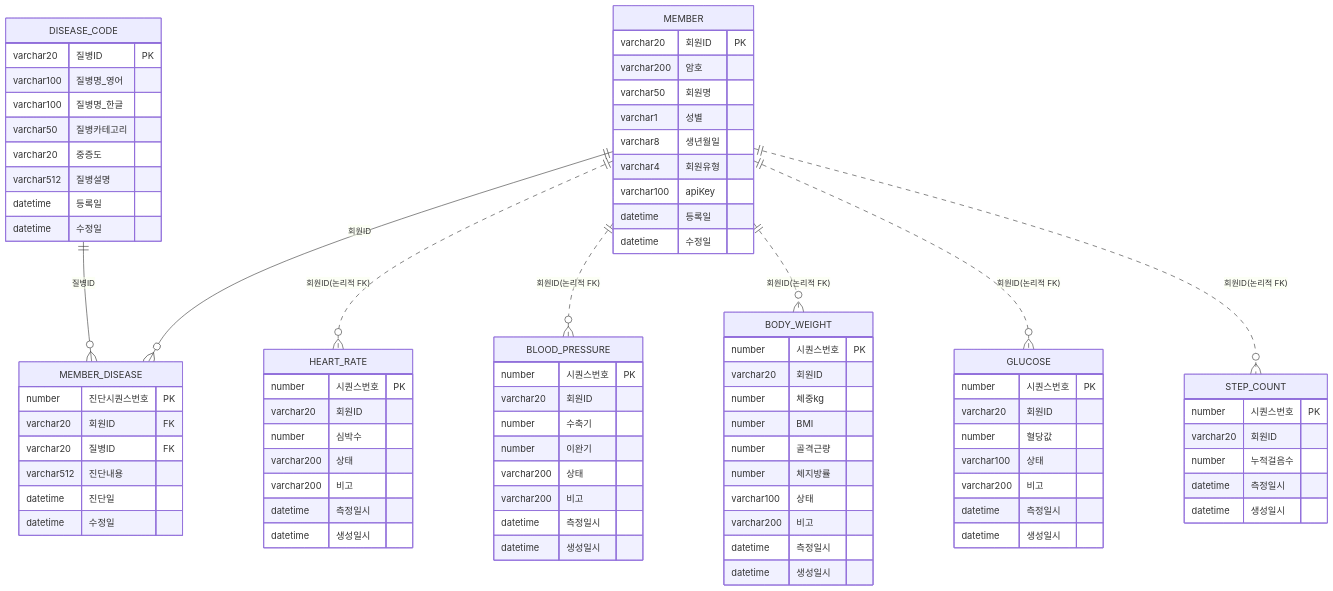
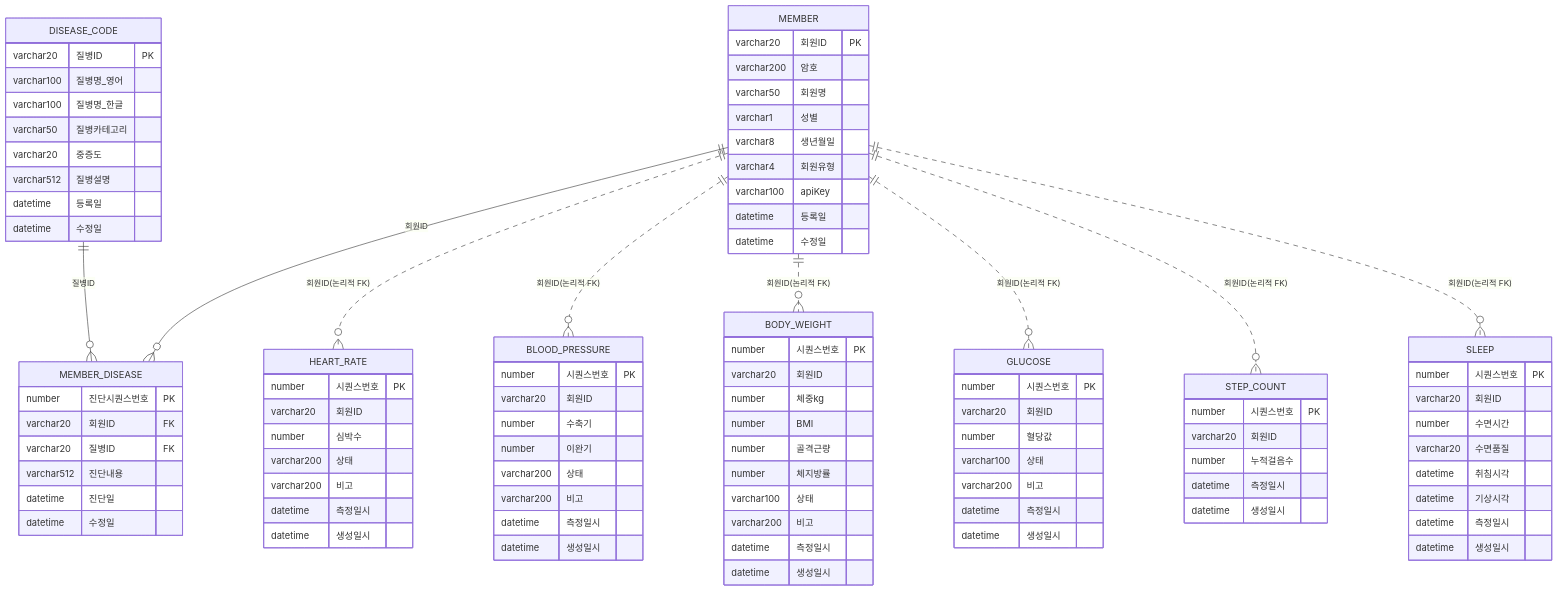
Before and after one commit to jyan01/healthcare: the diagram in docs/DATA_MODEL.md, drawn with Mermaid. The commit also changed other lines of this file and 20 other files, not shown here.

````diff
--- a/docs/DATA_MODEL.md
+++ b/docs/DATA_MODEL.md
@@ -93,6 +93,7 @@
     MEMBER ||..o{ BODY_WEIGHT : "회원ID(논리적 FK)"
     MEMBER ||..o{ GLUCOSE : "회원ID(논리적 FK)"
     MEMBER ||..o{ STEP_COUNT : "회원ID(논리적 FK)"
+    MEMBER ||..o{ SLEEP : "회원ID(논리적 FK)"
 
     MEMBER {
         varchar20 회원ID PK
@@ -170,4 +171,14 @@
         datetime 측정일시
         datetime 생성일시
     }
+    SLEEP {
+        number 시퀀스번호 PK
+        varchar20 회원ID
+        number 수면시간
+        varchar20 수면품질
+        datetime 취침시각
+        datetime 기상시각
+        datetime 측정일시
+        datetime 생성일시
+    }
 ```
````
